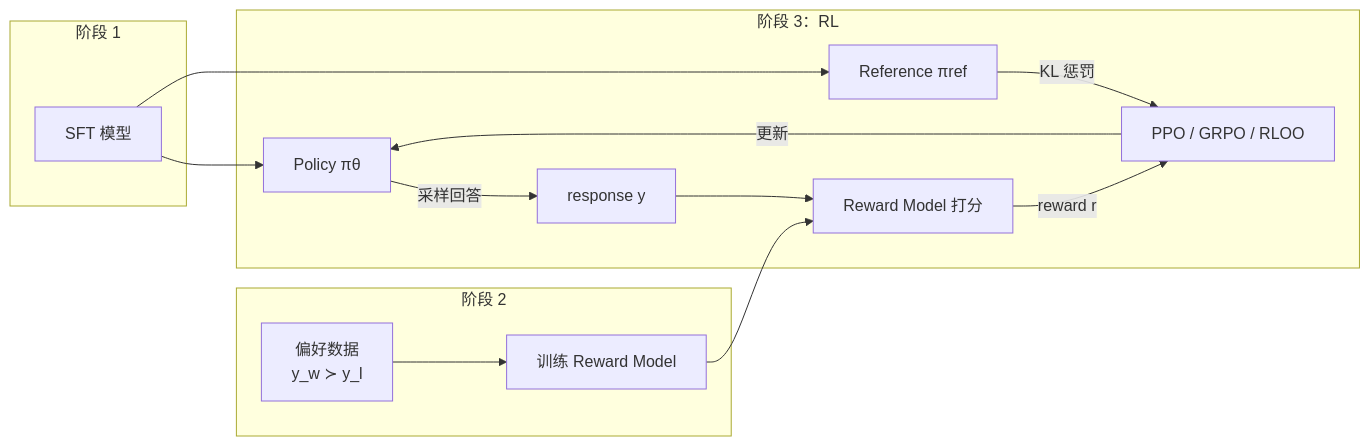
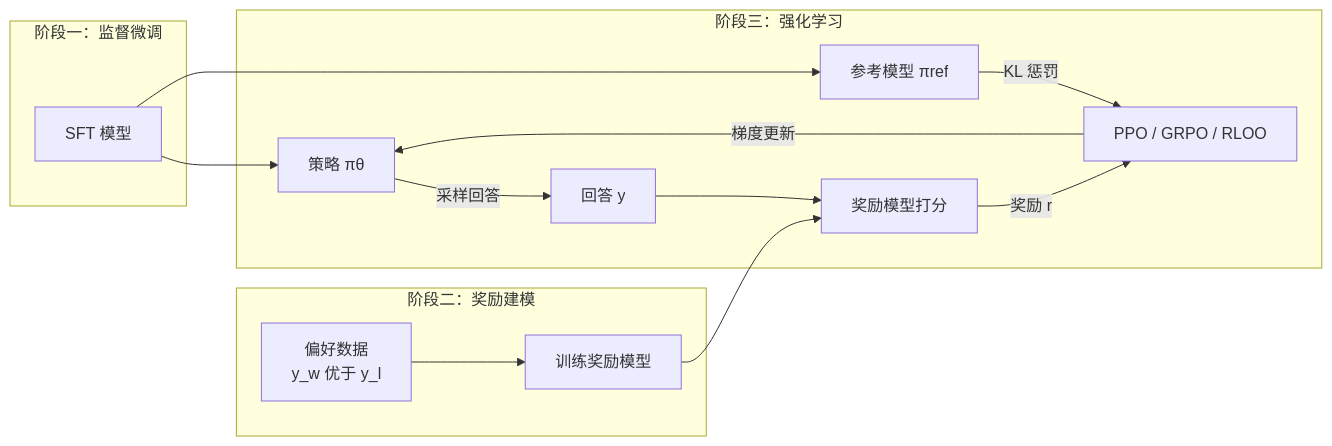
One commit to zhoujx4/llm-atlas changed the first of 2 diagrams in docs/rlhf/index.md. Above: the diagram before and after it, drawn with Mermaid. The commit also changed other lines of this file and 226 other files, not shown here.

````diff
--- a/docs/rlhf/index.md
+++ b/docs/rlhf/index.md
@@ -15,19 +13,19 @@
 ```mermaid
 flowchart LR
-    subgraph S1[阶段 1]
+    subgraph S1[阶段一：监督微调]
         SFT[SFT 模型]
     end
-    subgraph S2[阶段 2]
-        PREF[偏好数据<br/>y_w ≻ y_l] --> RM[训练 Reward Model]
+    subgraph S2[阶段二：奖励建模]
+        PREF[偏好数据<br/>y_w 优于 y_l] --> RM[训练奖励模型]
     end
-    subgraph S3[阶段 3：RL]
-        POLICY[Policy πθ] -->|采样回答| RESP[response y]
-        RESP --> RM2[Reward Model 打分]
-        RM2 -->|reward r| ALGO[PPO / GRPO / RLOO]
-        REF[Reference πref] -->|KL 惩罚| ALGO
-        ALGO -->|更新| POLICY
+    subgraph S3[阶段三：强化学习]
+        POLICY[策略 πθ] -->|采样回答| RESP[回答 y]
+        RESP --> RM2[奖励模型打分]
+        RM2 -->|奖励 r| ALGO[PPO / GRPO / RLOO]
+        REF[参考模型 πref] -->|KL 惩罚| ALGO
+        ALGO -->|梯度更新| POLICY
     end
     SFT --> POLICY
     SFT --> REF
     RM --> RM2
 ```
````
